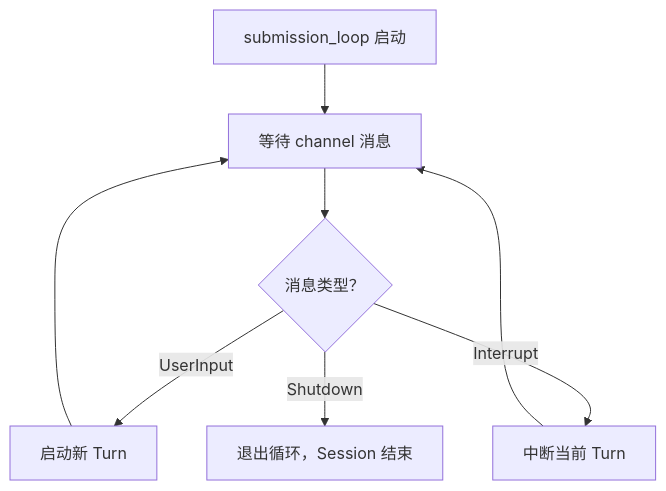
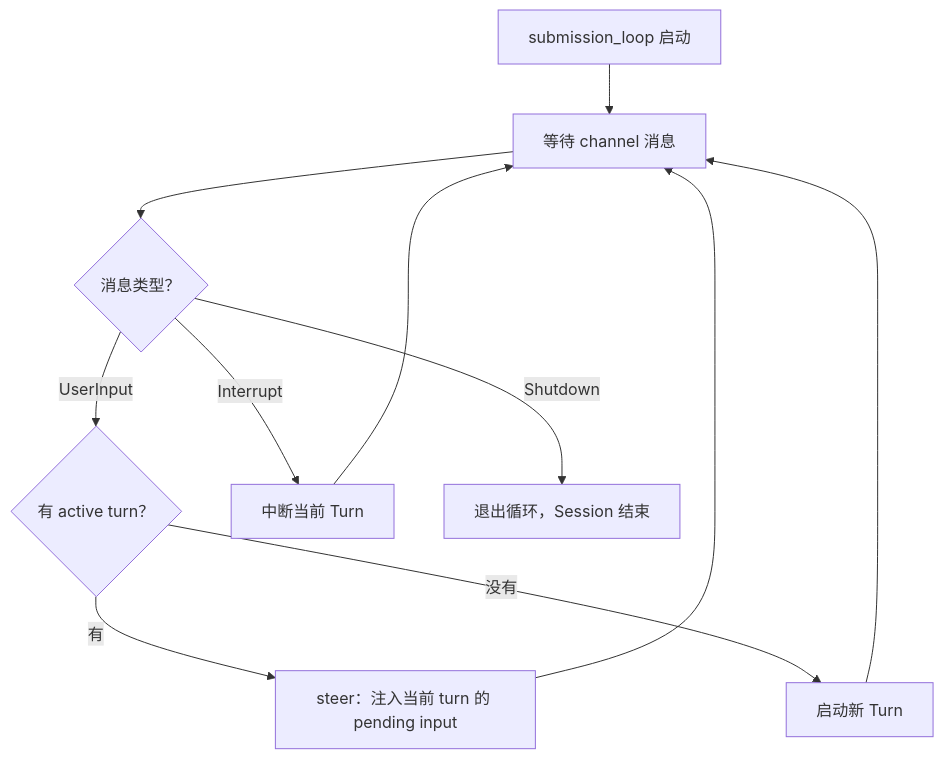
Before and after one commit to luochang212/codex-notebook: the second of 3 diagrams in website/docs/ch01-session-turn.mdx, drawn with Mermaid. The commit also changed other lines of this file and 14 other files, not shown here.

````diff
--- a/website/docs/ch01-session-turn.mdx
+++ b/website/docs/ch01-session-turn.mdx
@@ -47,10 +47,13 @@
 ```mermaid
 flowchart TD
     A["submission_loop 启动"] --> B["等待 channel 消息"]
     B --> C{"消息类型？"}
-    C -->|UserInput| D["启动新 Turn"]
+    C -->|UserInput| D{"有 active turn？"}
+    D -->|有| D2["steer：注入当前 turn 的 pending input"]
+    D -->|没有| D3["启动新 Turn"]
     C -->|Interrupt| E["中断当前 Turn"]
     C -->|Shutdown| F["退出循环，Session 结束"]
-    D --> B
+    D2 --> B
+    D3 --> B
     E --> B
 ```
````
